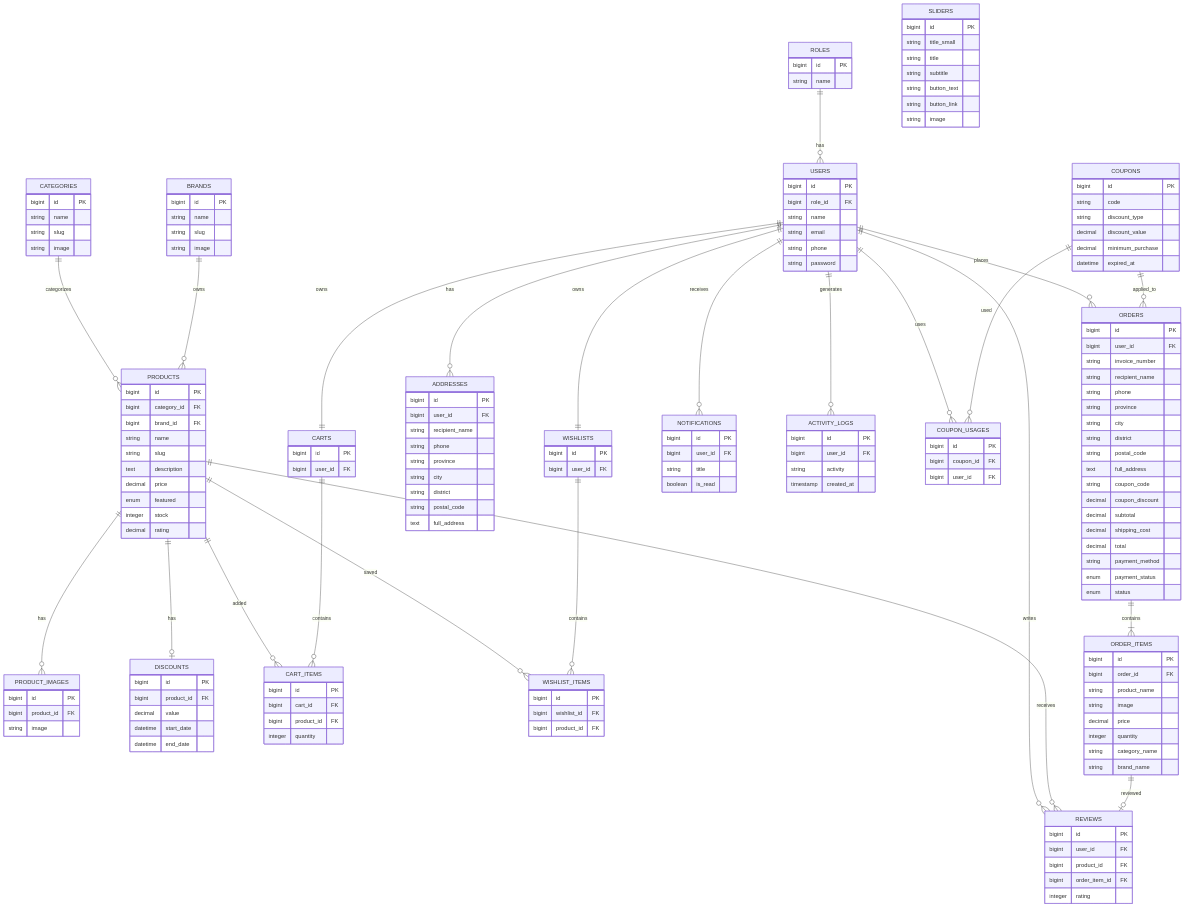
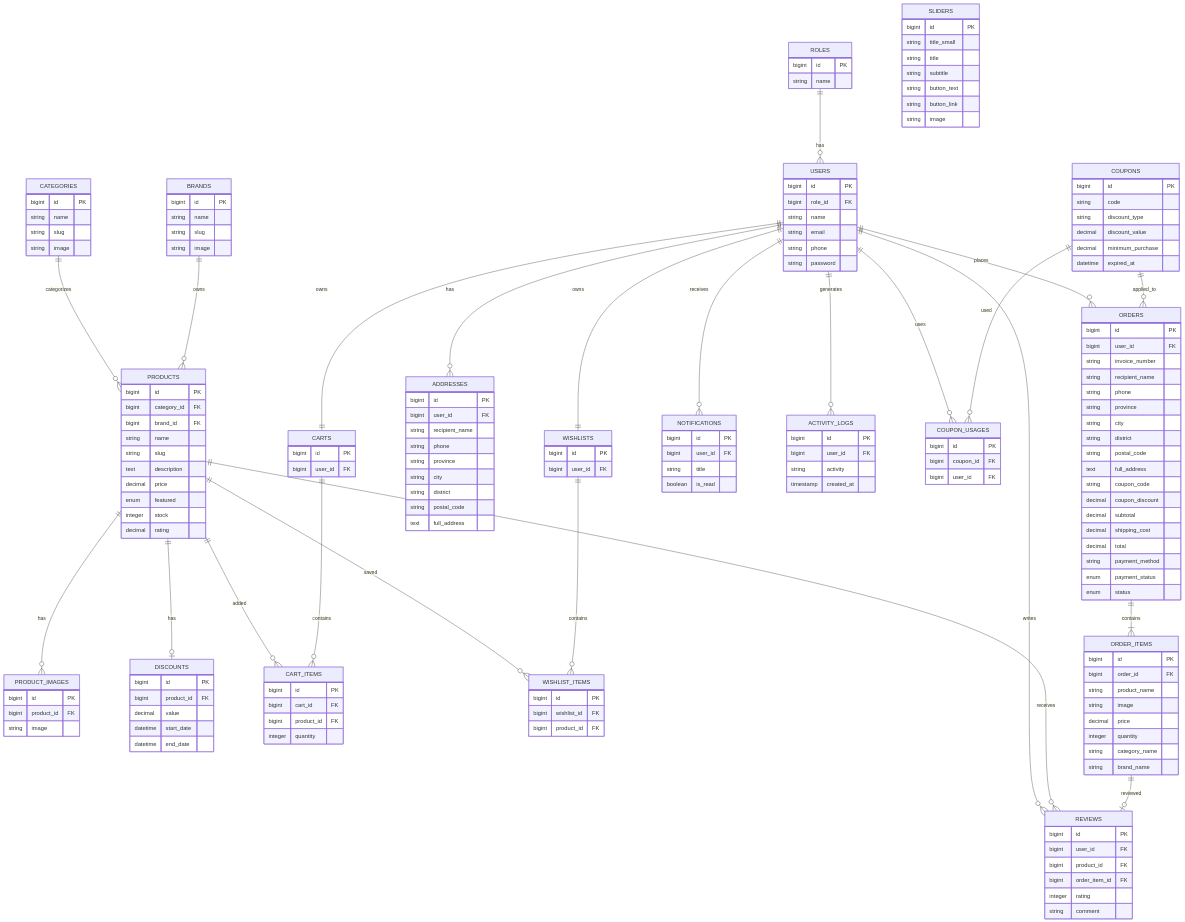
One commit to massiki/e-commerce-complex changed the diagram in planning/ERD.md. Above: the diagram before and after it, drawn with Mermaid. The commit also changed 20 other files, not shown here.

```diff
--- a/planning/ERD.md
+++ b/planning/ERD.md
@@ -181,6 +181,7 @@
         bigint product_id FK
         bigint order_item_id FK
         integer rating
+        string comment
     }
 
     NOTIFICATIONS {
```
